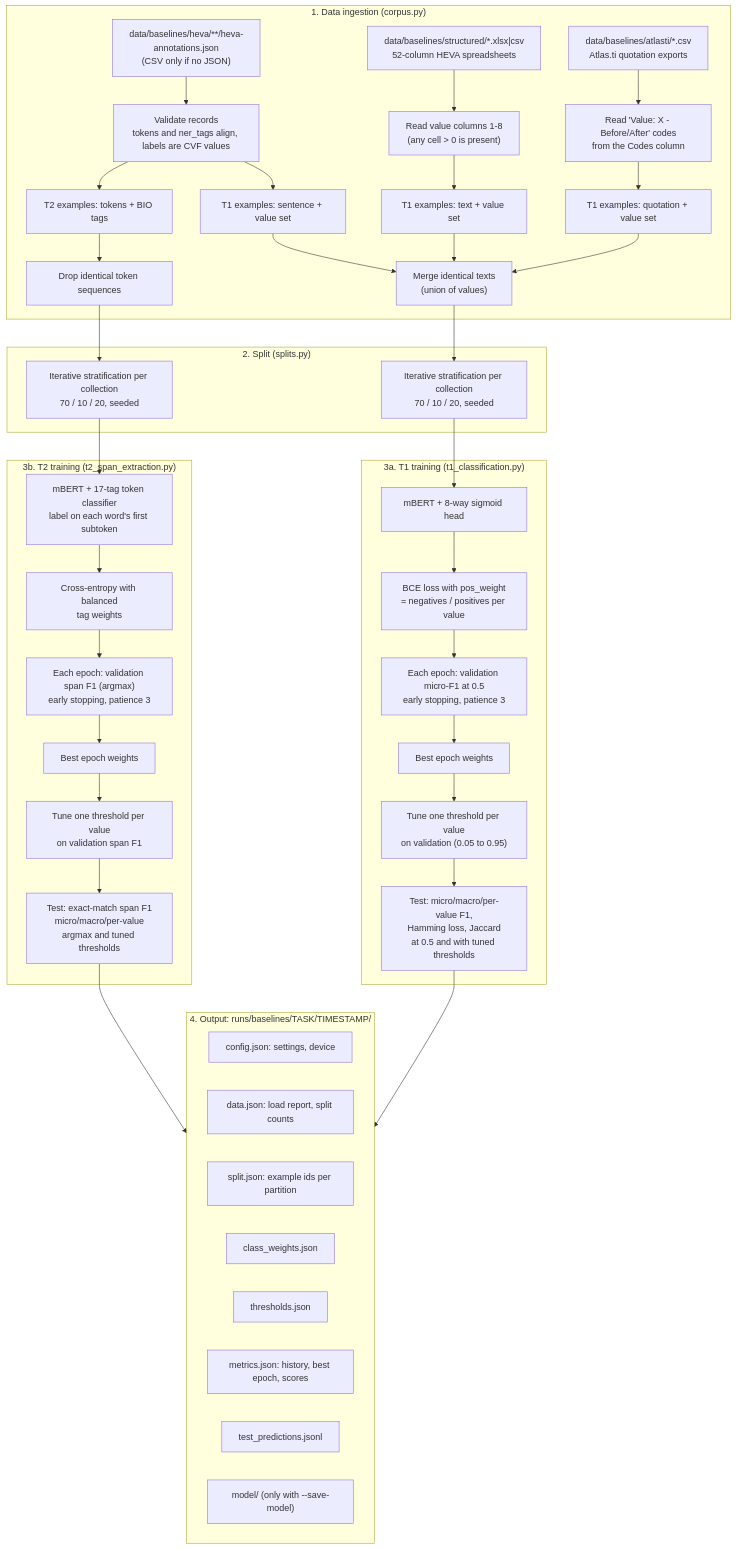
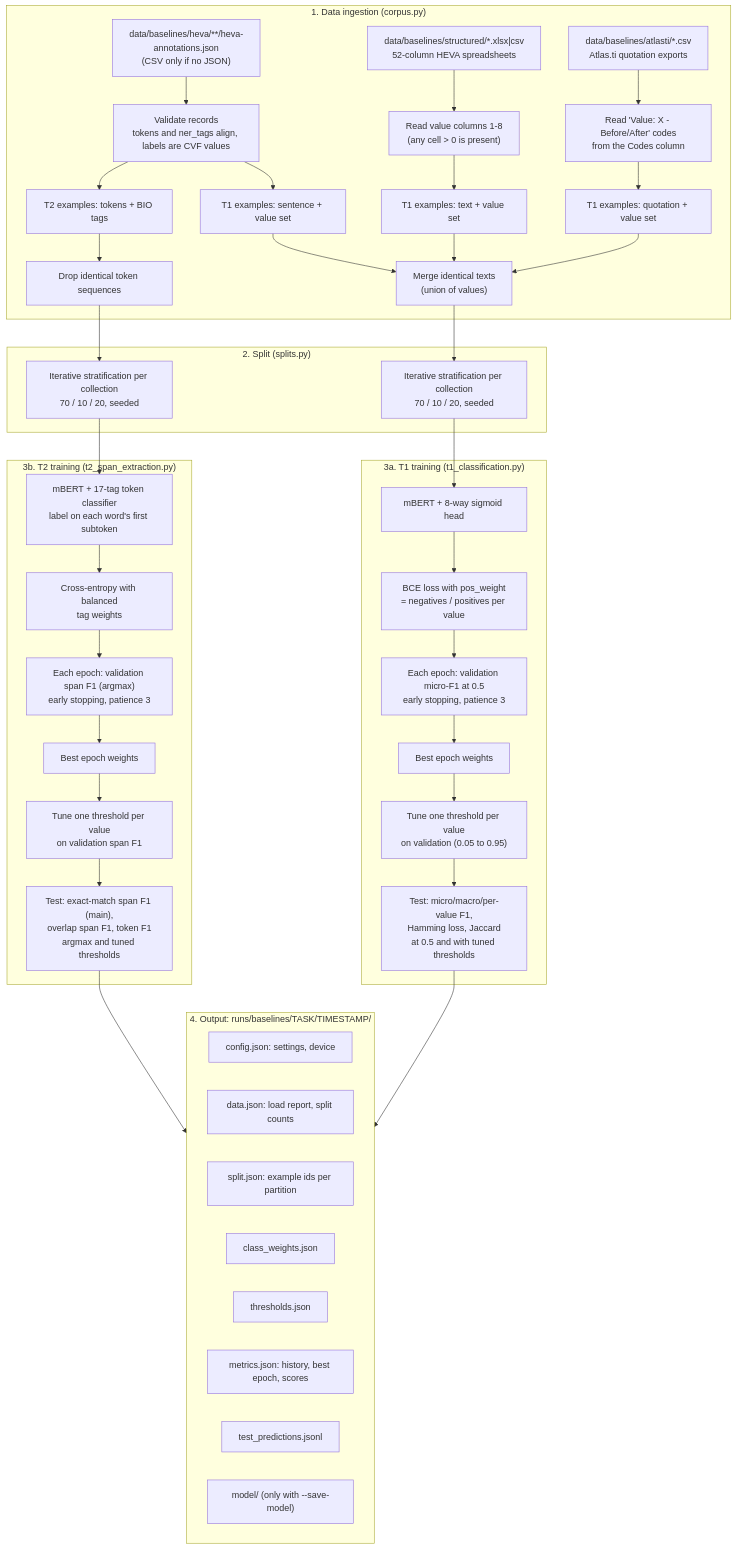
One commit to zzbn12345/HEVA_toolkit changed the diagram in src/heva/baselines/README.md. Above: the diagram before and after it, drawn with Mermaid. The commit also changed other lines of this file and 3 other files, not shown here.

First line of the commit message:
feat: report token and overlap span F1 for T2

````diff
--- a/src/heva/baselines/README.md
+++ b/src/heva/baselines/README.md
@@ -45,56 +45,56 @@
 ```mermaid
 flowchart TD
     subgraph INGEST["1. Data ingestion (corpus.py)"]
         H["data/baselines/heva/**/heva-annotations.json<br/>(CSV only if no JSON)"]
         S["data/baselines/structured/*.xlsx|csv<br/>52-column HEVA spreadsheets"]
         A["data/baselines/atlasti/*.csv<br/>Atlas.ti quotation exports"]
         S --> SV["Read value columns 1-8<br/>(any cell > 0 is present)"]
         SV --> T1S["T1 examples: text + value set"]
         T1S --> D1
         H --> HV["Validate records<br/>tokens and ner_tags align, labels are CVF values"]
         A --> AV["Read 'Value: X - Before/After' codes<br/>from the Codes column"]
         HV --> T1H["T1 examples: sentence + value set"]
         HV --> T2H["T2 examples: tokens + BIO tags"]
         AV --> T1A["T1 examples: quotation + value set"]
         T1H --> D1["Merge identical texts<br/>(union of values)"]
         T1A --> D1
         T2H --> D2["Drop identical token sequences"]
     end
 
     subgraph SPLIT["2. Split (splits.py)"]
         D1 --> S1["Iterative stratification per collection<br/>70 / 10 / 20, seeded"]
         D2 --> S2["Iterative stratification per collection<br/>70 / 10 / 20, seeded"]
     end
 
     subgraph T1["3a. T1 training (t1_classification.py)"]
         S1 --> M1["mBERT + 8-way sigmoid head"]
         M1 --> L1["BCE loss with pos_weight<br/>= negatives / positives per value"]
         L1 --> E1["Each epoch: validation micro-F1 at 0.5<br/>early stopping, patience 3"]
         E1 --> B1["Best epoch weights"]
         B1 --> TH1["Tune one threshold per value<br/>on validation (0.05 to 0.95)"]
         TH1 --> EV1["Test: micro/macro/per-value F1,<br/>Hamming loss, Jaccard<br/>at 0.5 and with tuned thresholds"]
     end
 
     subgraph T2["3b. T2 training (t2_span_extraction.py)"]
         S2 --> M2["mBERT + 17-tag token classifier<br/>label on each word's first subtoken"]
         M2 --> L2["Cross-entropy with balanced<br/>tag weights"]
         L2 --> E2["Each epoch: validation span F1 (argmax)<br/>early stopping, patience 3"]
         E2 --> B2["Best epoch weights"]
         B2 --> TH2["Tune one threshold per value<br/>on validation span F1"]
-        TH2 --> EV2["Test: exact-match span F1<br/>micro/macro/per-value<br/>argmax and tuned thresholds"]
+        TH2 --> EV2["Test: exact-match span F1 (main),<br/>overlap span F1, token F1<br/>argmax and tuned thresholds"]
     end
 
     subgraph OUT["4. Output: runs/baselines/TASK/TIMESTAMP/"]
         O1["config.json: settings, device"]
         O2["data.json: load report, split counts"]
         O3["split.json: example ids per partition"]
         O4["class_weights.json"]
         O5["thresholds.json"]
         O6["metrics.json: history, best epoch, scores"]
         O7["test_predictions.jsonl"]
         O8["model/ (only with --save-model)"]
     end
 
     EV1 --> OUT
     EV2 --> OUT
 ```
````
